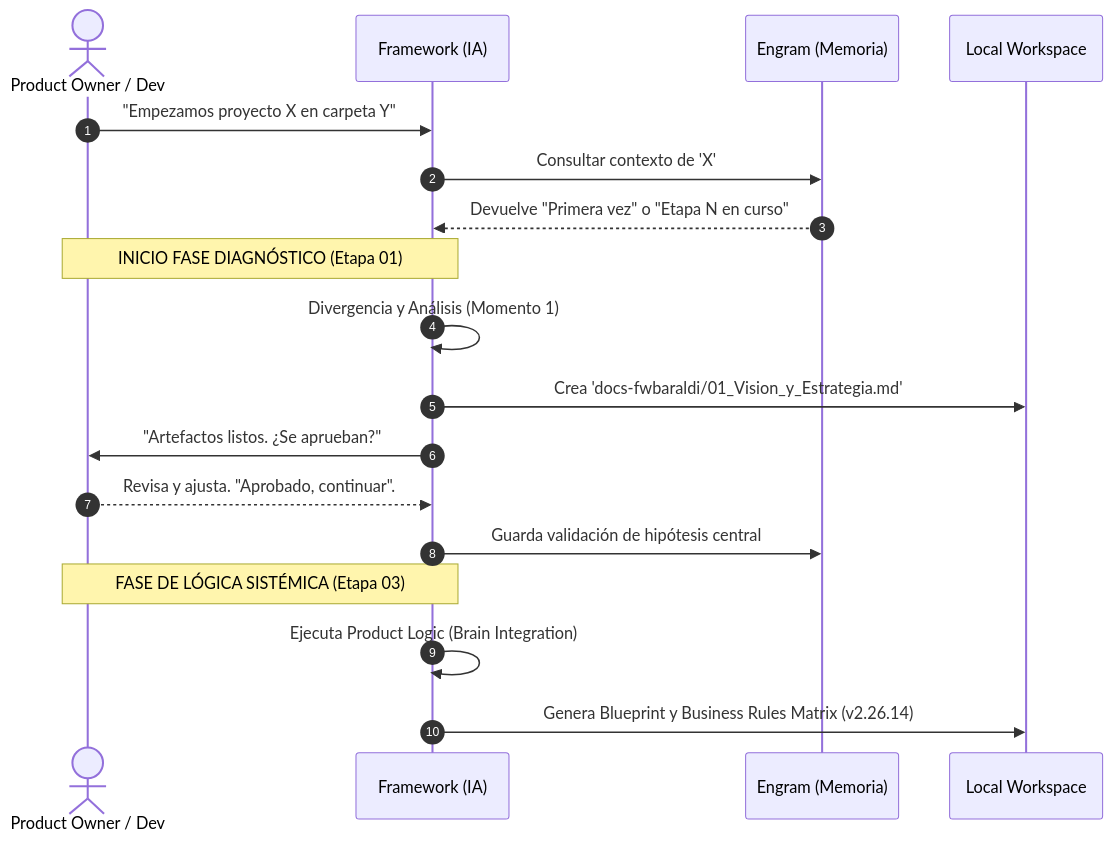
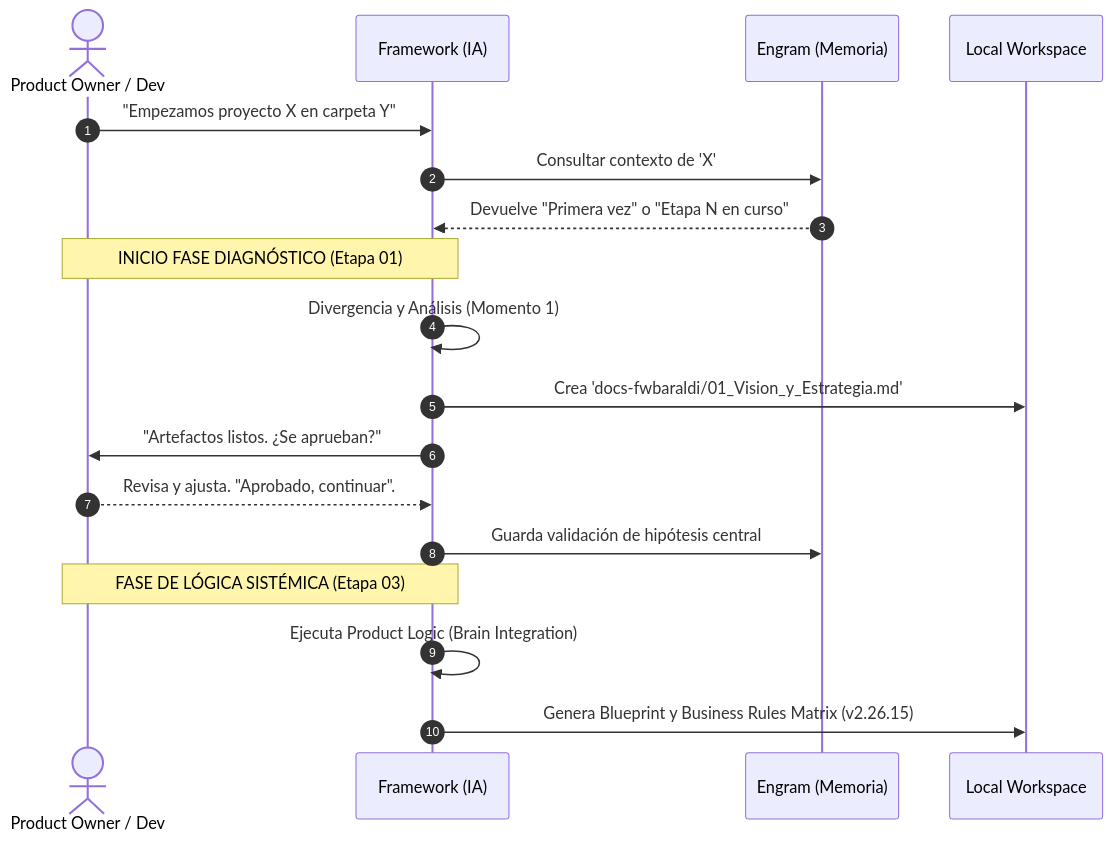
Before and after one commit to leobaraldi96/fwbaraldi: the second of 2 diagrams in ARQUITECTURA_CORE.md, drawn with Mermaid. The commit also changed other lines of this file and 12 other files, not shown here.

````diff
--- a/ARQUITECTURA_CORE.md
+++ b/ARQUITECTURA_CORE.md
@@ -79,26 +79,26 @@
 ```mermaid
 sequenceDiagram
     autonumber
     actor Humano as Product Owner / Dev
     participant IA as Framework (IA)
     participant E as Engram (Memoria)
     participant FS as Local Workspace
 
     Humano->>IA: "Empezamos proyecto X en carpeta Y"
     IA->>E: Consultar contexto de 'X'
     E-->>IA: Devuelve "Primera vez" o "Etapa N en curso"
     
     note over IA,Humano: INICIO FASE DIAGNÓSTICO (Etapa 01)
     IA->>IA: Divergencia y Análisis (Momento 1)
     
     IA->>FS: Crea 'docs-fwbaraldi/01_Vision_y_Estrategia.md'
     IA->>Humano: "Artefactos listos. ¿Se aprueban?"
     
     Humano-->>IA: Revisa y ajusta. "Aprobado, continuar".
     
     IA->>E: Guarda validación de hipótesis central
     
     note over IA,Humano: FASE DE LÓGICA SISTÉMICA (Etapa 03)
     IA->>IA: Ejecuta Product Logic (Brain Integration)
-    IA->>FS: Genera Blueprint y Business Rules Matrix (v2.26.14)
+    IA->>FS: Genera Blueprint y Business Rules Matrix (v2.26.15)
 ```
````
